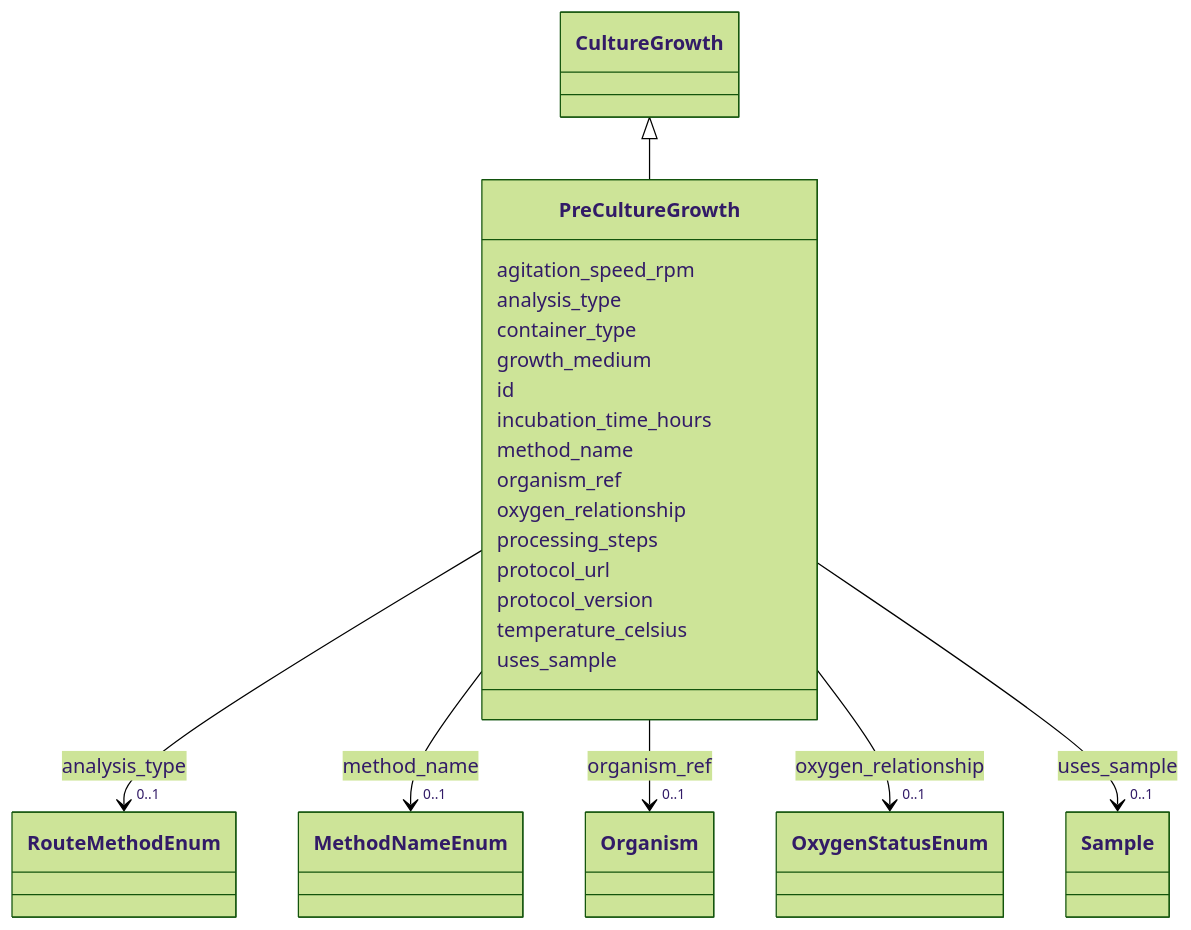
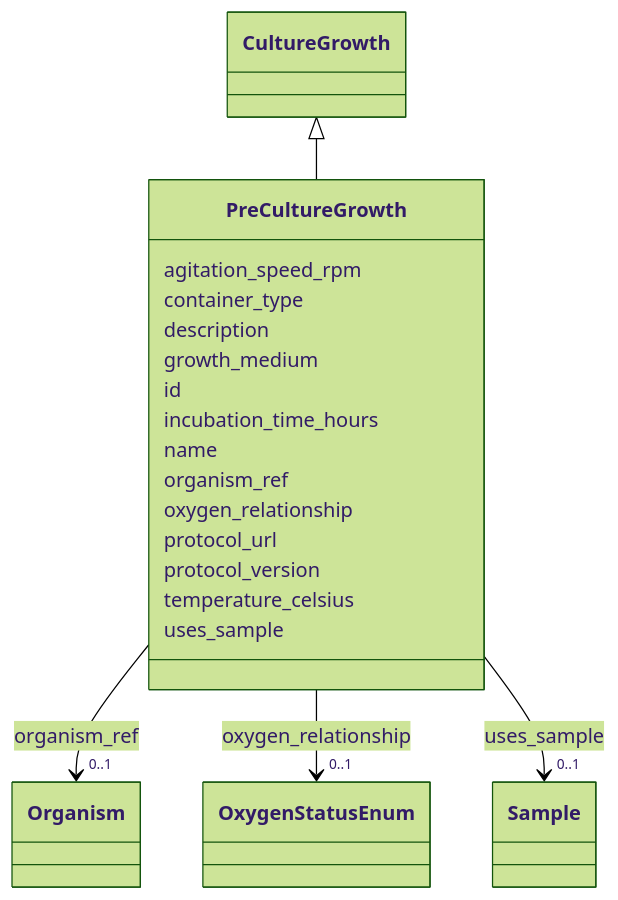
Before and after one commit to EMSL-Computing/BASALT-Schema: the diagram in docs/elements/PreCultureGrowth.md, drawn with Mermaid (forest theme). The commit also changed other lines of this file and 550 other files, not shown here.

````diff
--- a/docs/elements/PreCultureGrowth.md
+++ b/docs/elements/PreCultureGrowth.md
@@ -28,82 +28,62 @@
 ```mermaid
  classDiagram
     class PreCultureGrowth
     click PreCultureGrowth href "../PreCultureGrowth/"
       CultureGrowth <|-- PreCultureGrowth
         click CultureGrowth href "../CultureGrowth/"
       
       PreCultureGrowth : agitation_speed_rpm
         
-      PreCultureGrowth : analysis_type
+      PreCultureGrowth : container_type
         
-          
-    
-        
-        
-        PreCultureGrowth --> "0..1" RouteMethodEnum : analysis_type
-        click RouteMethodEnum href "../RouteMethodEnum/"
-    
-
-        
-      PreCultureGrowth : container_type
+      PreCultureGrowth : description
         
       PreCultureGrowth : growth_medium
         
       PreCultureGrowth : id
         
       PreCultureGrowth : incubation_time_hours
         
-      PreCultureGrowth : method_name
-        
-          
-    
-        
-        
-        PreCultureGrowth --> "0..1" MethodNameEnum : method_name
-        click MethodNameEnum href "../MethodNameEnum/"
-    
-
+      PreCultureGrowth : name
         
       PreCultureGrowth : organism_ref
         
           
     
         
         
         PreCultureGrowth --> "0..1" Organism : organism_ref
         click Organism href "../Organism/"
     
 
         
       PreCultureGrowth : oxygen_relationship
         
           
     
         
         
         PreCultureGrowth --> "0..1" OxygenStatusEnum : oxygen_relationship
         click OxygenStatusEnum href "../OxygenStatusEnum/"
     
 
         
-      PreCultureGrowth : processing_steps
-        
       PreCultureGrowth : protocol_url
         
       PreCultureGrowth : protocol_version
         
       PreCultureGrowth : temperature_celsius
         
       PreCultureGrowth : uses_sample
         
           
     
         
         
         PreCultureGrowth --> "0..1" Sample : uses_sample
         click Sample href "../Sample/"
     
 
         
       
 ```
````
